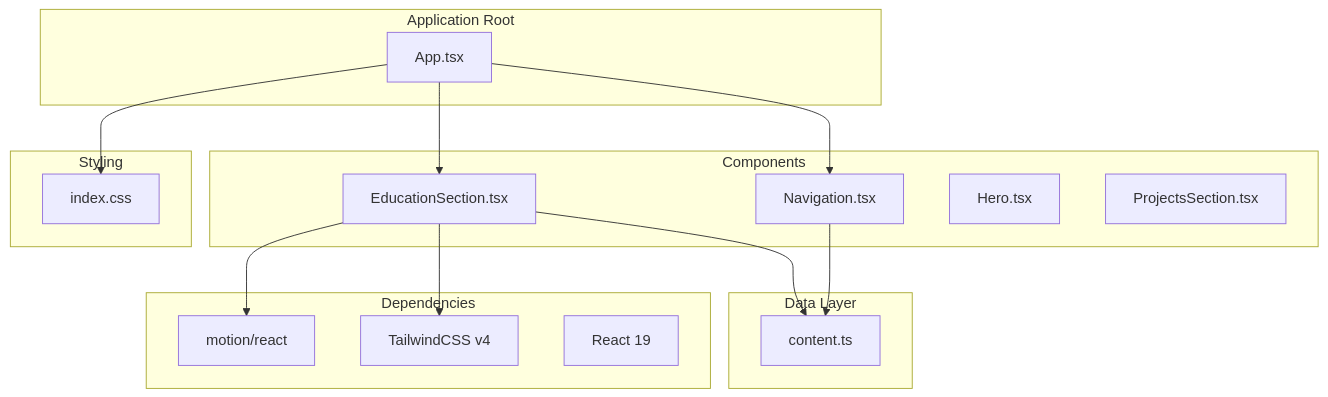
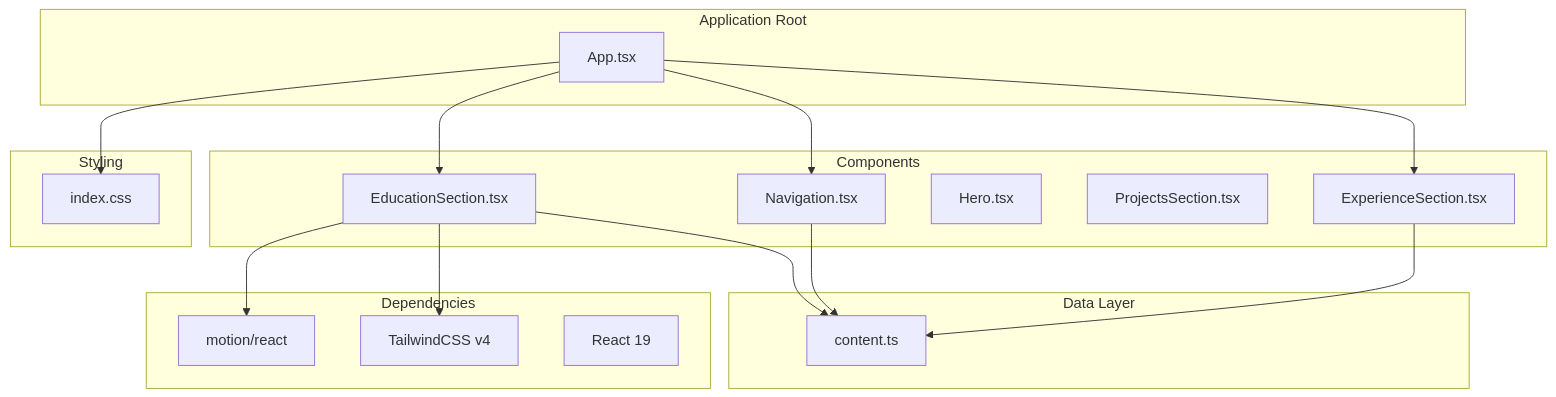
One commit to subash7781/Portfolio changed the first of 9 diagrams in .qoder/repowiki/en/content/Component Library & UI Elements/EducationSection Component.md. Above: the diagram before and after it, drawn with Mermaid. The commit also changed other lines of this file and 5 other files, not shown here.

````diff
--- a/.qoder/repowiki/en/content/Component Library & UI Elements/EducationSection Component.md
+++ b/.qoder/repowiki/en/content/Component Library & UI Elements/EducationSection Component.md
@@ -34,30 +44,33 @@
 ```mermaid
 graph TB
 subgraph "Application Root"
 App[App.tsx]
 end
 subgraph "Components"
 EducationSection[EducationSection.tsx]
 Navigation[Navigation.tsx]
 Hero[Hero.tsx]
 ProjectsSection[ProjectsSection.tsx]
+ExperienceSection[ExperienceSection.tsx]
 end
 subgraph "Data Layer"
 Content[content.ts]
 end
 subgraph "Styling"
 CSS[index.css]
 end
 subgraph "Dependencies"
 Motion[motion/react]
 Tailwind[TailwindCSS v4]
 React[React 19]
 end
 App --> EducationSection
 EducationSection --> Content
 EducationSection --> Motion
 EducationSection --> Tailwind
 App --> Navigation
 Navigation --> Content
+App --> ExperienceSection
+ExperienceSection --> Content
 App --> CSS
 ```
````
